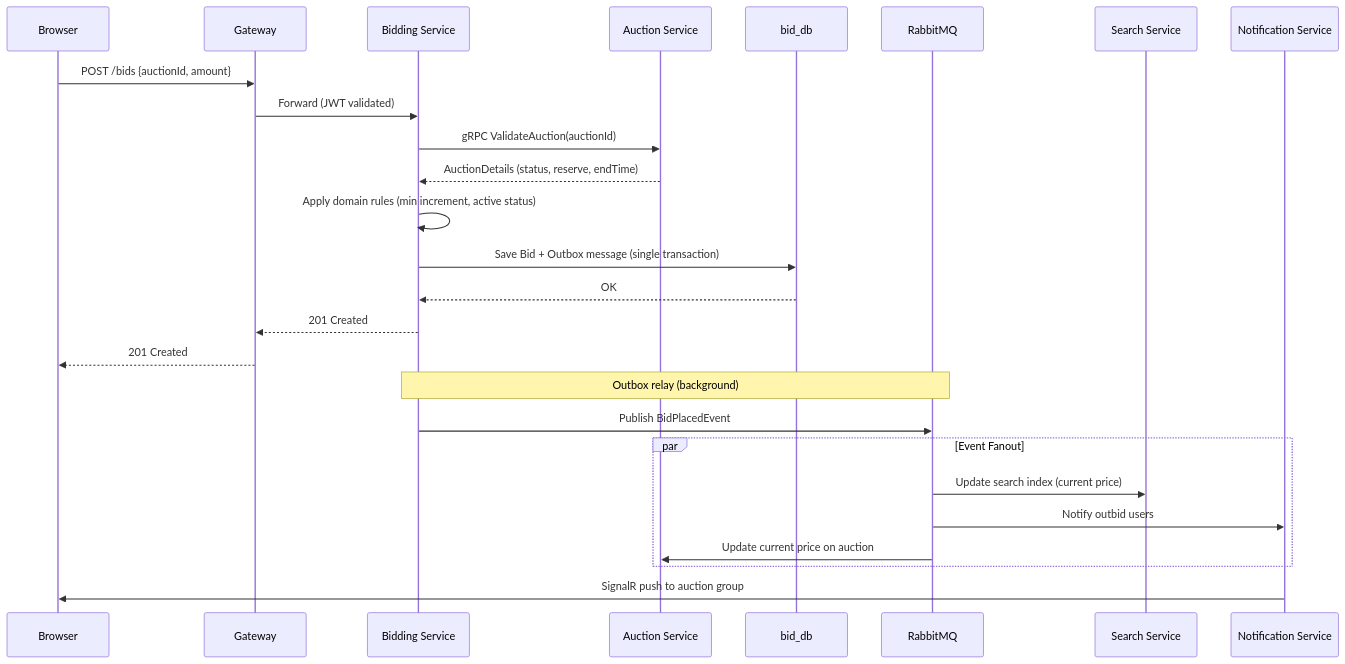
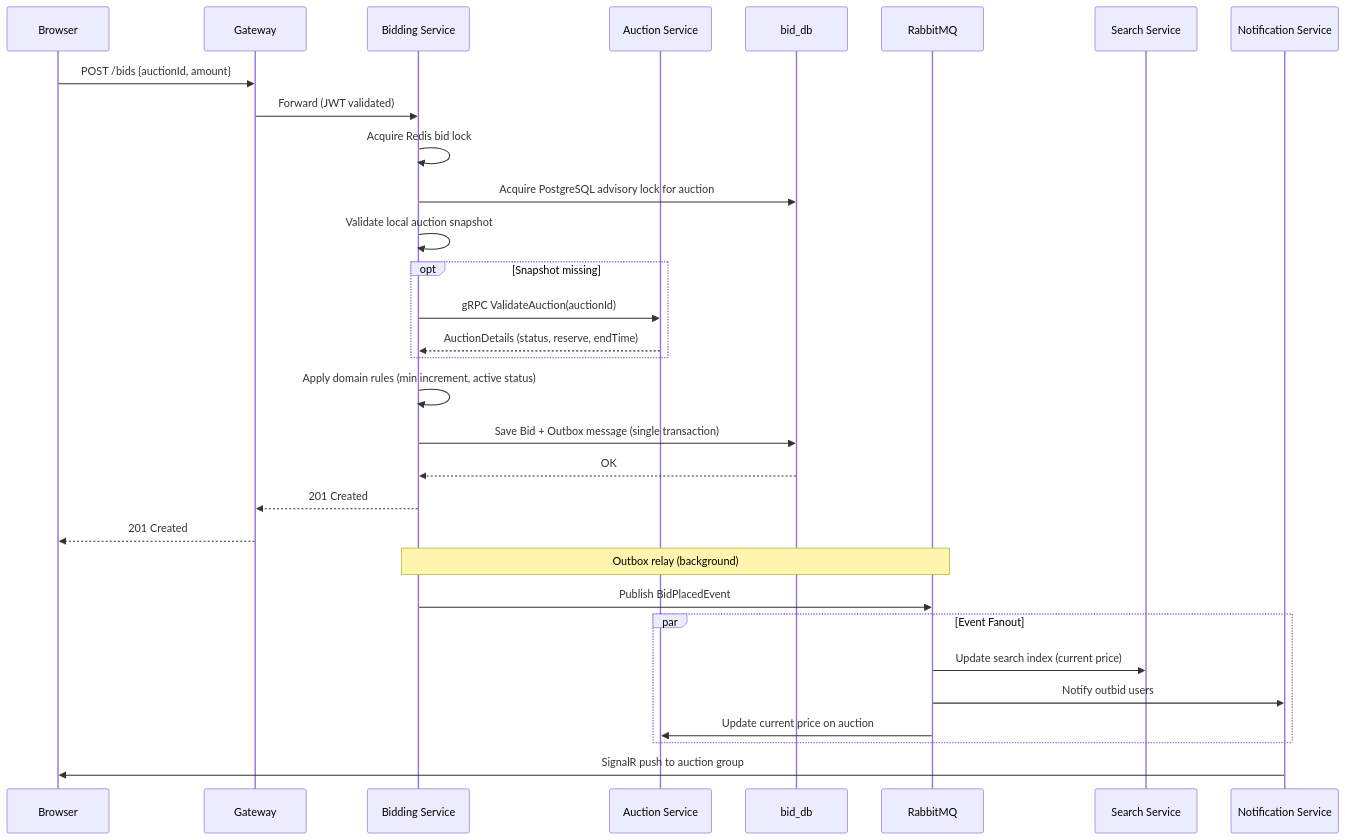
Before and after one commit to blanho/auction-platform-microservices: the third of 8 diagrams in README.md, drawn with Mermaid. The commit also changed other lines of this file and 5 other files, not shown here.

````diff
--- a/README.md
+++ b/README.md
@@ -248,32 +248,37 @@
 ```mermaid
 sequenceDiagram
     participant B as Browser
     participant GW as Gateway
     participant BID as Bidding Service
     participant AUC as Auction Service
     participant DB as bid_db
     participant MQ as RabbitMQ
     participant SRC as Search Service
     participant NOT as Notification Service
 
     B->>GW: POST /bids {auctionId, amount}
     GW->>BID: Forward (JWT validated)
-    BID->>AUC: gRPC ValidateAuction(auctionId)
-    AUC-->>BID: AuctionDetails (status, reserve, endTime)
+    BID->>BID: Acquire Redis bid lock
+    BID->>DB: Acquire PostgreSQL advisory lock for auction
+    BID->>BID: Validate local auction snapshot
+    opt Snapshot missing
+        BID->>AUC: gRPC ValidateAuction(auctionId)
+        AUC-->>BID: AuctionDetails (status, reserve, endTime)
+    end
     BID->>BID: Apply domain rules (min increment, active status)
     BID->>DB: Save Bid + Outbox message (single transaction)
     DB-->>BID: OK
     BID-->>GW: 201 Created
     GW-->>B: 201 Created
 
     Note over BID,MQ: Outbox relay (background)
     BID->>MQ: Publish BidPlacedEvent
 
     par Event Fanout
         MQ->>SRC: Update search index (current price)
         MQ->>NOT: Notify outbid users
         MQ->>AUC: Update current price on auction
     end
 
     NOT->>B: SignalR push to auction group
 ```
````
